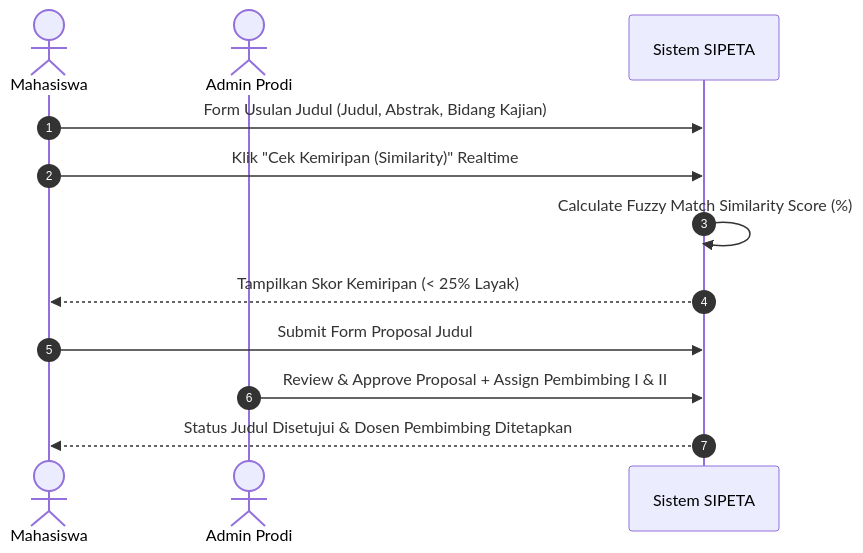
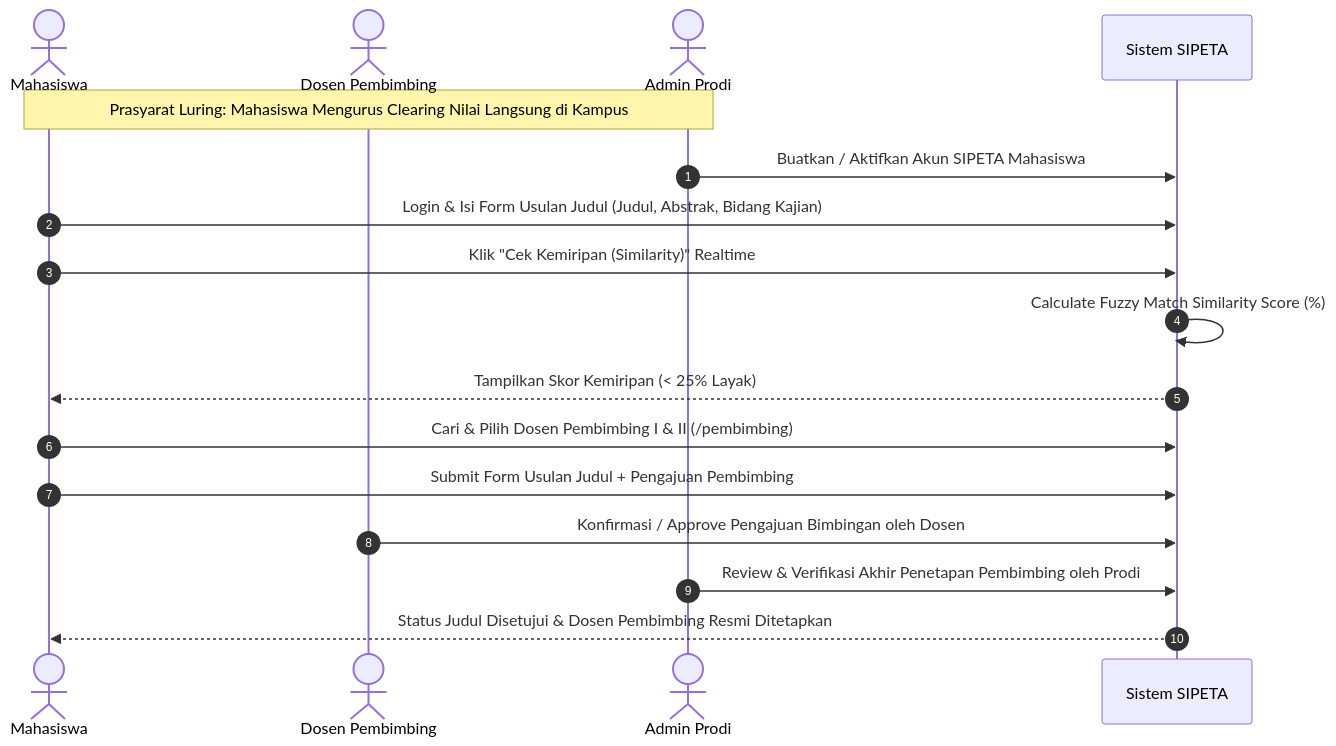
Before and after one commit to DanuZen/isi-final-project: the second of 5 diagrams in docs/WORKFLOWS.md, drawn with Mermaid. The commit also changed other lines of this file, not shown here.

Commit message:
docs(workflows): update academic workflow guidelines

````diff
--- a/docs/WORKFLOWS.md
+++ b/docs/WORKFLOWS.md
@@ -35,15 +38,20 @@
 ```mermaid
 sequenceDiagram
     autonumber
     actor M as Mahasiswa
+    actor D as Dosen Pembimbing
     actor P as Admin Prodi
     participant S as Sistem SIPETA
 
-    M->>S: Form Usulan Judul (Judul, Abstrak, Bidang Kajian)
+    note over M,P: Prasyarat Luring: Mahasiswa Mengurus Clearing Nilai Langsung di Kampus
+    P->>S: Buatkan / Aktifkan Akun SIPETA Mahasiswa
+    M->>S: Login & Isi Form Usulan Judul (Judul, Abstrak, Bidang Kajian)
     M->>S: Klik "Cek Kemiripan (Similarity)" Realtime
     S->>S: Calculate Fuzzy Match Similarity Score (%)
     S-->>M: Tampilkan Skor Kemiripan (< 25% Layak)
-    M->>S: Submit Form Proposal Judul
-    P->>S: Review & Approve Proposal + Assign Pembimbing I & II
-    S-->>M: Status Judul Disetujui & Dosen Pembimbing Ditetapkan
+    M->>S: Cari & Pilih Dosen Pembimbing I & II (/pembimbing)
+    M->>S: Submit Form Usulan Judul + Pengajuan Pembimbing
+    D->>S: Konfirmasi / Approve Pengajuan Bimbingan oleh Dosen
+    P->>S: Review & Verifikasi Akhir Penetapan Pembimbing oleh Prodi
+    S-->>M: Status Judul Disetujui & Dosen Pembimbing Resmi Ditetapkan
 ```
````
